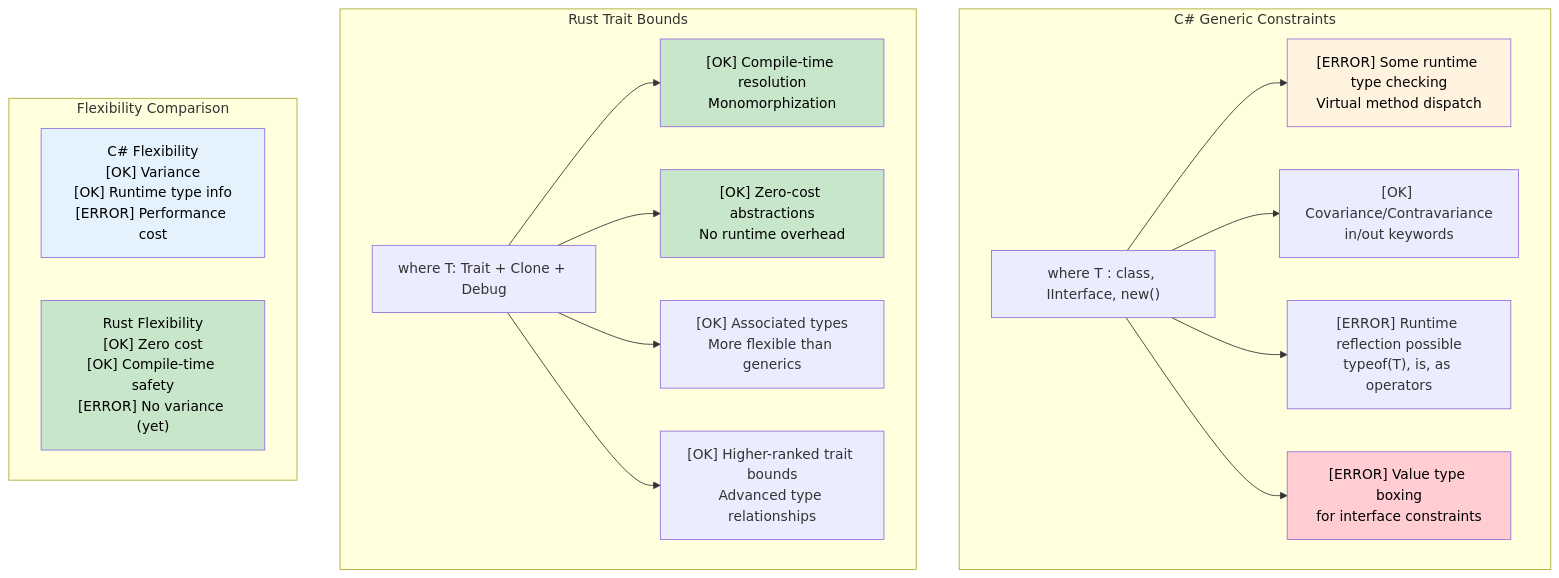
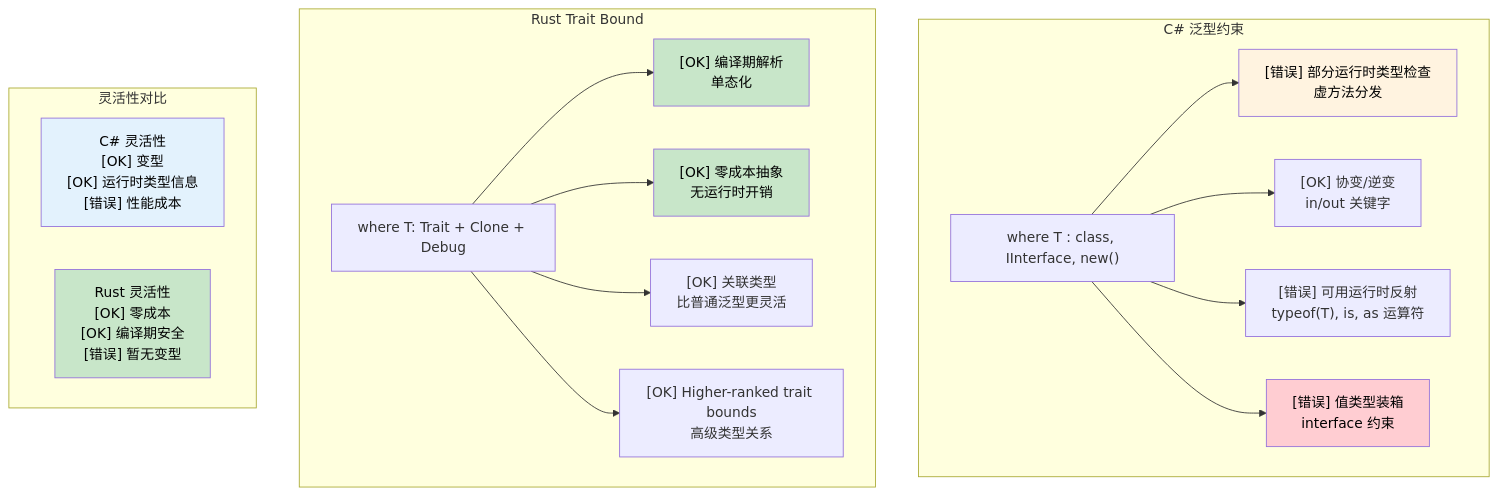
The diagram in zh-cn/csharp-book/src/ch10-1-generic-constraints.md (xiaofengoop/rust-for-csharp-programmers-zh-cn), drawn with Mermaid before and after one commit. The commit also changed other lines of this file and 38 other files, not shown here.

````diff
--- a/zh-cn/csharp-book/src/ch10-1-generic-constraints.md
+++ b/zh-cn/csharp-book/src/ch10-1-generic-constraints.md
@@ -131,40 +134,40 @@
 ```mermaid
 graph TD
-    subgraph "C# Generic Constraints"
+    subgraph "C# 泛型约束"
         CS_WHERE["where T : class, IInterface, new()"]
-        CS_RUNTIME["[ERROR] Some runtime type checking<br/>Virtual method dispatch"]
-        CS_VARIANCE["[OK] Covariance/Contravariance<br/>in/out keywords"]
-        CS_REFLECTION["[ERROR] Runtime reflection possible<br/>typeof(T), is, as operators"]
-        CS_BOXING["[ERROR] Value type boxing<br/>for interface constraints"]
+        CS_RUNTIME["[错误] 部分运行时类型检查<br/>虚方法分发"]
+        CS_VARIANCE["[OK] 协变/逆变<br/>in/out 关键字"]
+        CS_REFLECTION["[错误] 可用运行时反射<br/>typeof(T), is, as 运算符"]
+        CS_BOXING["[错误] 值类型装箱<br/>interface 约束"]
         
         CS_WHERE --> CS_RUNTIME
         CS_WHERE --> CS_VARIANCE
         CS_WHERE --> CS_REFLECTION
         CS_WHERE --> CS_BOXING
     end
     
-    subgraph "Rust Trait Bounds"
+    subgraph "Rust Trait Bound"
         RUST_WHERE["where T: Trait + Clone + Debug"]
-        RUST_COMPILE["[OK] Compile-time resolution<br/>Monomorphization"]
-        RUST_ZERO["[OK] Zero-cost abstractions<br/>No runtime overhead"]
-        RUST_ASSOCIATED["[OK] Associated types<br/>More flexible than generics"]
-        RUST_HKT["[OK] Higher-ranked trait bounds<br/>Advanced type relationships"]
+        RUST_COMPILE["[OK] 编译期解析<br/>单态化"]
+        RUST_ZERO["[OK] 零成本抽象<br/>无运行时开销"]
+        RUST_ASSOCIATED["[OK] 关联类型<br/>比普通泛型更灵活"]
+        RUST_HKT["[OK] Higher-ranked trait bounds<br/>高级类型关系"]
         
         RUST_WHERE --> RUST_COMPILE
         RUST_WHERE --> RUST_ZERO
         RUST_WHERE --> RUST_ASSOCIATED
         RUST_WHERE --> RUST_HKT
     end
     
-    subgraph "Flexibility Comparison"
-        CS_FLEX["C# Flexibility<br/>[OK] Variance<br/>[OK] Runtime type info<br/>[ERROR] Performance cost"]
-        RUST_FLEX["Rust Flexibility<br/>[OK] Zero cost<br/>[OK] Compile-time safety<br/>[ERROR] No variance (yet)"]
+    subgraph "灵活性对比"
+        CS_FLEX["C# 灵活性<br/>[OK] 变型<br/>[OK] 运行时类型信息<br/>[错误] 性能成本"]
+        RUST_FLEX["Rust 灵活性<br/>[OK] 零成本<br/>[OK] 编译期安全<br/>[错误] 暂无变型"]
     end
     
     style CS_RUNTIME fill:#fff3e0,color:#000
     style CS_BOXING fill:#ffcdd2,color:#000
     style RUST_COMPILE fill:#c8e6c9,color:#000
     style RUST_ZERO fill:#c8e6c9,color:#000
     style CS_FLEX fill:#e3f2fd,color:#000
     style RUST_FLEX fill:#c8e6c9,color:#000
 ```
````
